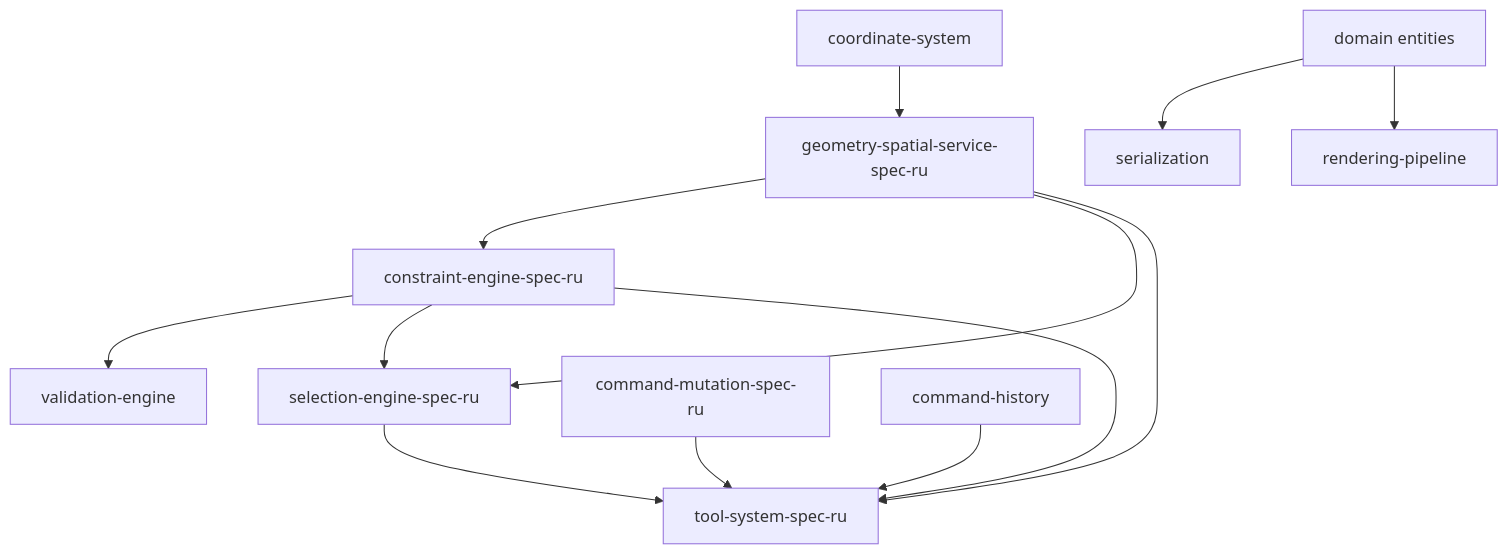
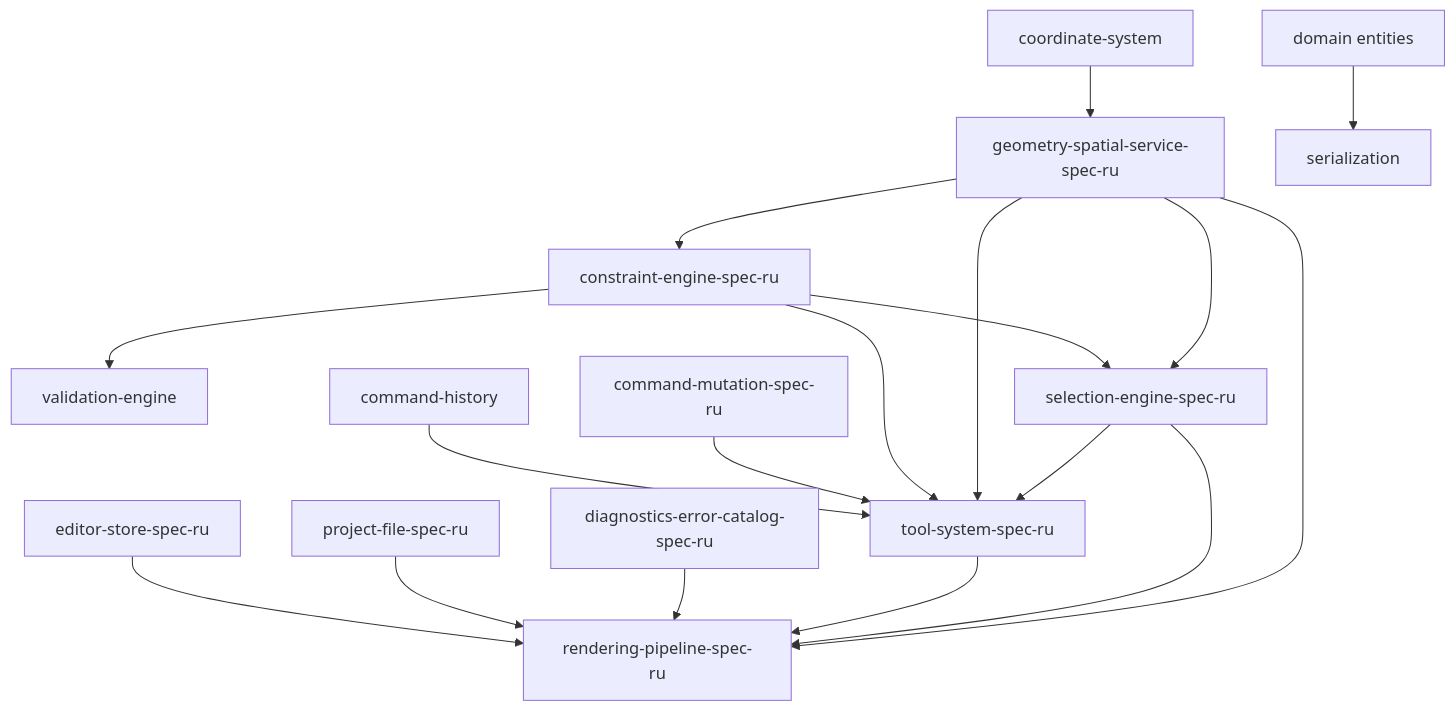
The diagram in AxiCAD/docs/INDEX.md (H4V1K-dev/axicor_enterprise), drawn with Mermaid before and after one commit. The commit also changed other lines of this file and 2 other files, not shown here.

Commit message:
docs: add Russian rendering pipeline and tool system specifications along with a documentation index

````diff
--- a/AxiCAD/docs/INDEX.md
+++ b/AxiCAD/docs/INDEX.md
@@ -116,15 +118,20 @@
 ```mermaid
 graph TD
     CS[coordinate-system] --> GSS[geometry-spatial-service-spec-ru]
     GSS --> CE[constraint-engine-spec-ru]
     CE --> VE[validation-engine]
     GSS --> SE[selection-engine-spec-ru]
     CE --> SE
     SE --> TS[tool-system-spec-ru]
     GSS --> TS
     CE --> TS
     CM[command-mutation-spec-ru] --> TS
     CH[command-history] --> TS
+    GSS --> RP[rendering-pipeline-spec-ru]
+    SE --> RP
+    TS --> RP
+    DEC[diagnostics-error-catalog-spec-ru] --> RP
+    PF[project-file-spec-ru] --> RP
+    ES[editor-store-spec-ru] --> RP
     DOM[domain entities] --> SER[serialization]
-    DOM --> RP[rendering-pipeline]
 ```
````
